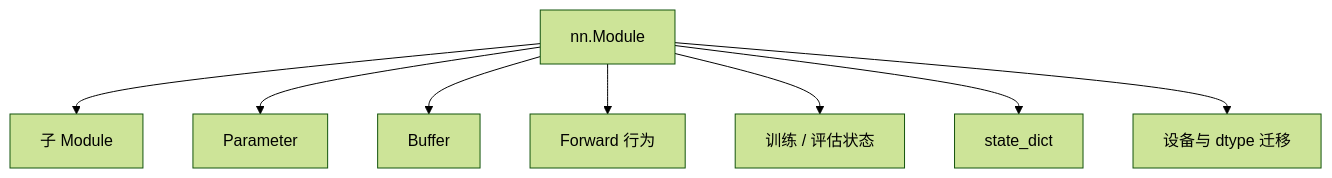
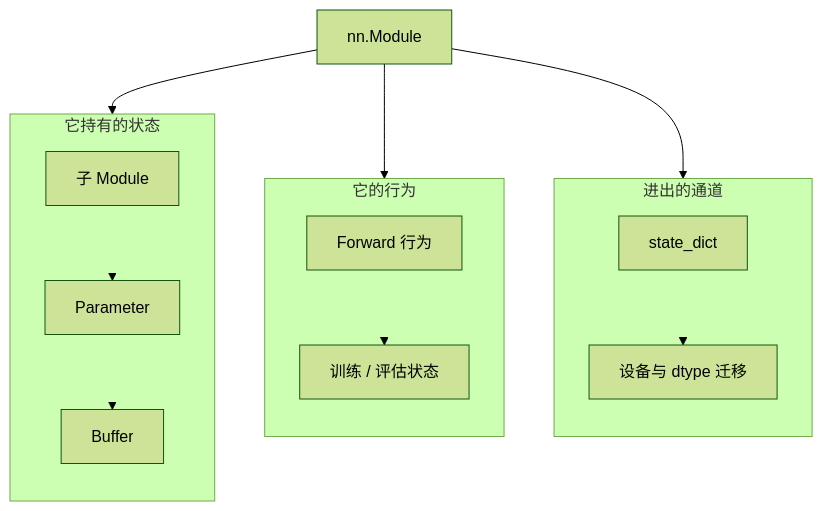
The first of 7 diagrams in _posts/2026-02-20-pytorch-module-and-training-system.md (arganzheng/arganzheng.github.com), drawn with Mermaid (forest theme) before and after one commit. The commit also changed other lines of this file and 10 other files, not shown here.

````diff
--- a/_posts/2026-02-20-pytorch-module-and-training-system.md
+++ b/_posts/2026-02-20-pytorch-module-and-training-system.md
@@ -281,19 +281,28 @@
 ```mermaid
 flowchart TB
     A[nn.Module]
     B[子 Module]
     C[Parameter]
     D[Buffer]
     E[Forward 行为]
     F[训练 / 评估状态]
     G[state_dict]
     H[设备与 dtype 迁移]
 
-    A --> B
-    A --> C
-    A --> D
-    A --> E
-    A --> F
-    A --> G
-    A --> H
+    subgraph STATE["它持有的状态"]
+        direction TB
+        B --> C --> D
+    end
+    subgraph BEH["它的行为"]
+        direction TB
+        E --> F
+    end
+    subgraph IO["进出的通道"]
+        direction TB
+        G --> H
+    end
+    A --> STATE
+    A --> BEH
+    A --> IO
+    linkStyle 0,1,2,3 stroke-width:0px;
 ```
````
